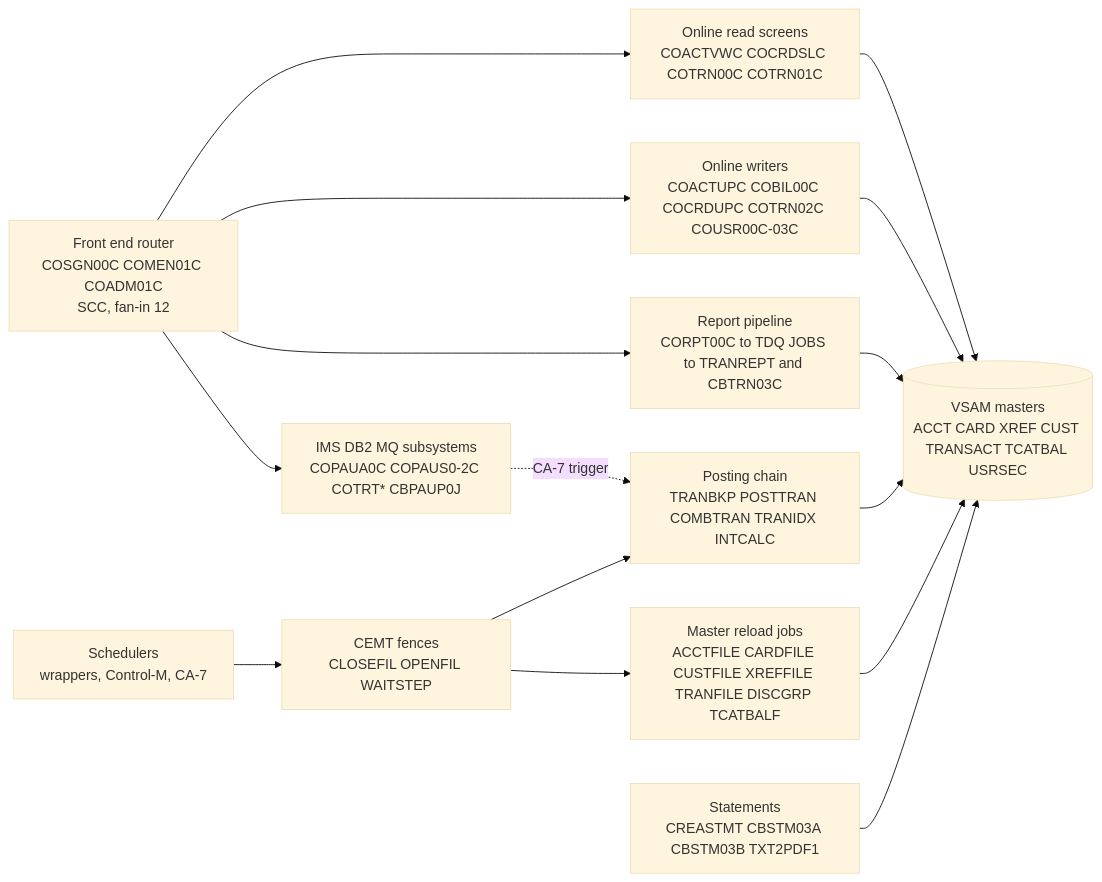
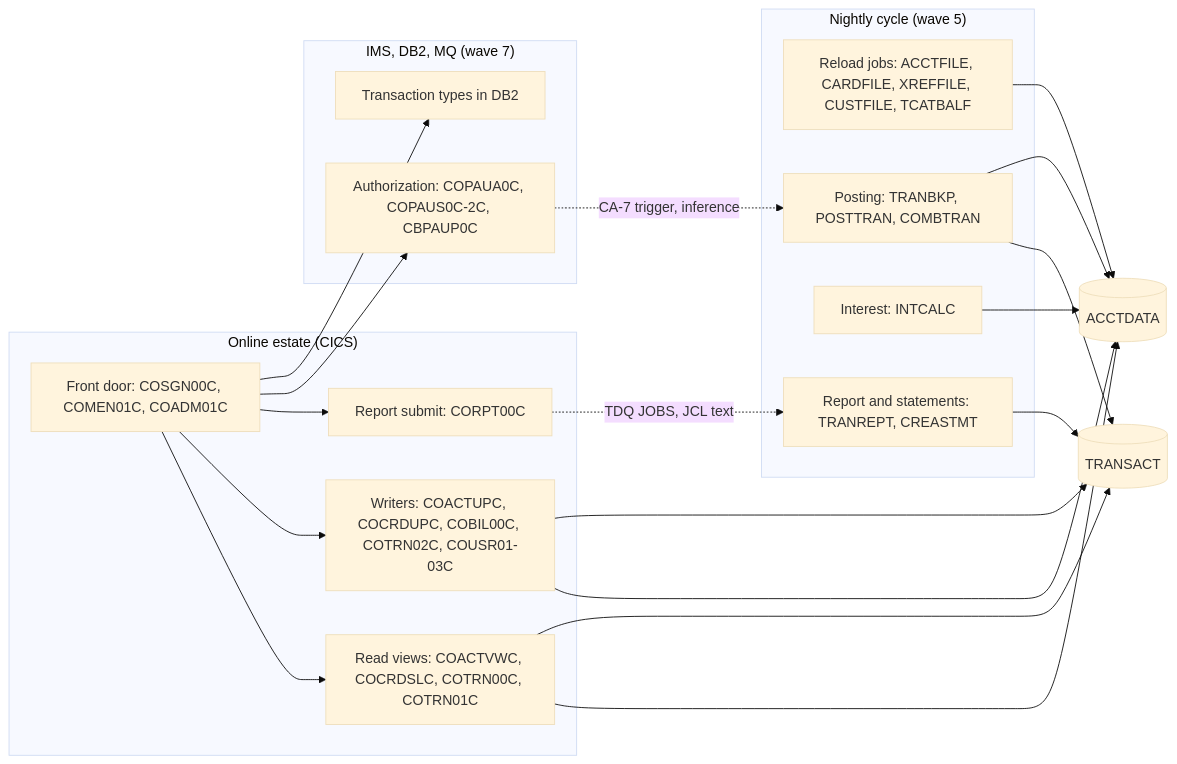
One commit to Sparq-Holding-Inc/claude-legacy-modernization changed the diagram in evals/runs/carddemo-3/modernization-assessment/02-coupling.md. Above: the diagram before and after it, drawn with Mermaid (base theme). The commit also changed other lines of this file and 40 other files, not shown here.

````diff
--- a/evals/runs/carddemo-3/modernization-assessment/02-coupling.md
+++ b/evals/runs/carddemo-3/modernization-assessment/02-coupling.md
@@ -57,28 +108,37 @@
 ```mermaid
 flowchart LR
-  FE["Front end router<br/>COSGN00C COMEN01C COADM01C<br/>SCC, fan-in 12"]
-  ORO["Online read screens<br/>COACTVWC COCRDSLC COTRN00C COTRN01C"]
-  OWR["Online writers<br/>COACTUPC COBIL00C COCRDUPC COTRN02C COUSR00C-03C"]
-  MAS[("VSAM masters<br/>ACCT CARD XREF CUST TRANSACT TCATBAL USRSEC")]
-  FENCE["CEMT fences<br/>CLOSEFIL OPENFIL WAITSTEP"]
-  POST["Posting chain<br/>TRANBKP POSTTRAN COMBTRAN TRANIDX INTCALC"]
-  LOAD["Master reload jobs<br/>ACCTFILE CARDFILE CUSTFILE XREFFILE TRANFILE DISCGRP TCATBALF"]
-  REP["Report pipeline<br/>CORPT00C to TDQ JOBS to TRANREPT and CBTRN03C"]
-  STM["Statements<br/>CREASTMT CBSTM03A CBSTM03B TXT2PDF1"]
-  SUB["IMS DB2 MQ subsystems<br/>COPAUA0C COPAUS0-2C COTRT* CBPAUP0J"]
-  SCH["Schedulers<br/>wrappers, Control-M, CA-7"]
-  FE --> ORO
-  FE --> OWR
-  FE --> REP
-  FE --> SUB
-  ORO --> MAS
-  OWR --> MAS
-  POST --> MAS
-  LOAD --> MAS
-  REP --> MAS
-  STM --> MAS
-  SCH --> FENCE
-  FENCE --> POST
-  FENCE --> LOAD
-  SUB -. "CA-7 trigger" .-> POST
+  subgraph Online["Online estate (CICS)"]
+    FD["Front door: COSGN00C, COMEN01C, COADM01C"]
+    OR["Read views: COACTVWC, COCRDSLC, COTRN00C, COTRN01C"]
+    OW["Writers: COACTUPC, COCRDUPC, COBIL00C, COTRN02C, COUSR01-03C"]
+    RS["Report submit: CORPT00C"]
+  end
+  subgraph Cycle["Nightly cycle (wave 5)"]
+    RL["Reload jobs: ACCTFILE, CARDFILE, XREFFILE, CUSTFILE, TCATBALF"]
+    PT["Posting: TRANBKP, POSTTRAN, COMBTRAN"]
+    IC["Interest: INTCALC"]
+    RP["Report and statements: TRANREPT, CREASTMT"]
+  end
+  subgraph Sub["IMS, DB2, MQ (wave 7)"]
+    AU["Authorization: COPAUA0C, COPAUS0C-2C, CBPAUP0C"]
+    TT["Transaction types in DB2"]
+  end
+  ACC[("ACCTDATA")]
+  TRN[("TRANSACT")]
+  FD --> OR
+  FD --> OW
+  FD --> RS
+  RL --> ACC
+  PT --> TRN
+  PT --> ACC
+  IC --> ACC
+  OW --> ACC
+  OW --> TRN
+  OR --> ACC
+  OR --> TRN
+  RS -. "TDQ JOBS, JCL text" .-> RP
+  RP --> TRN
+  AU -. "CA-7 trigger, inference" .-> PT
+  FD --> AU
+  FD --> TT
 ```
````
